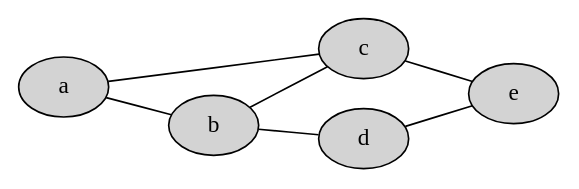
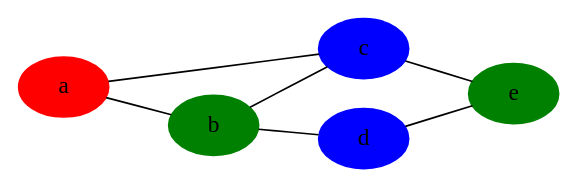
Before and after one commit to jaanos/diskretne-strukture-fim: the second of 5 diagrams in zapiski/2020-21/2021-01-13.md, drawn with Graphviz. The commit also changed other lines of this file, not shown here.

````diff
--- a/zapiski/2020-21/2021-01-13.md
+++ b/zapiski/2020-21/2021-01-13.md
@@ -45,13 +190,19 @@
 ```graphviz
 graph G1 {
   rankdir=LR
   node [style=filled]
+  
+  a [color=red]
+  b [color=green]
+  c [color=blue]
+  d [color=blue]
+  e [color=green]
 
   a -- b
   a -- c
   b -- c
   b -- d
   c -- e
   d -- e
 }
 ```
````
